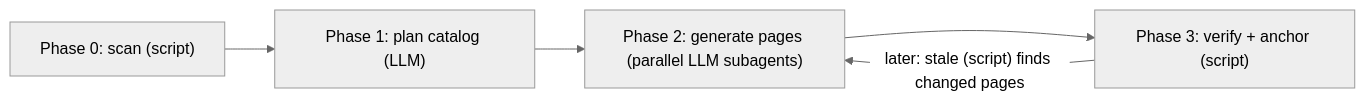
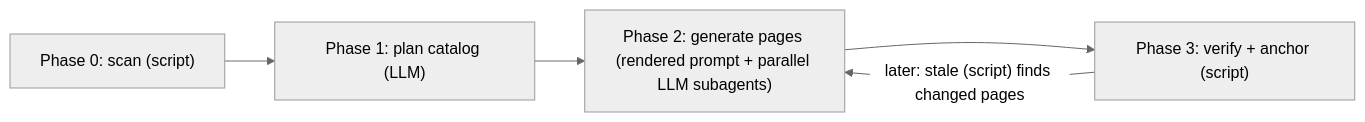
Before and after one commit to ARMeeru/akashic-record: the diagram in .akashic/wiki/index.md, drawn with Mermaid (neutral theme). The commit also changed other lines of this file and 6 other files, not shown here.

````diff
--- a/.akashic/wiki/index.md
+++ b/.akashic/wiki/index.md
@@ -38,7 +46,7 @@
 ```mermaid
 flowchart LR
     P0["Phase 0: scan (script)"] --> P1["Phase 1: plan catalog (LLM)"]
-    P1 --> P2["Phase 2: generate pages (parallel LLM subagents)"]
+    P1 --> P2["Phase 2: generate pages (rendered prompt + parallel LLM subagents)"]
     P2 --> P3["Phase 3: verify + anchor (script)"]
     P3 -->|"later: stale (script) finds changed pages"| P2
 ```
````
